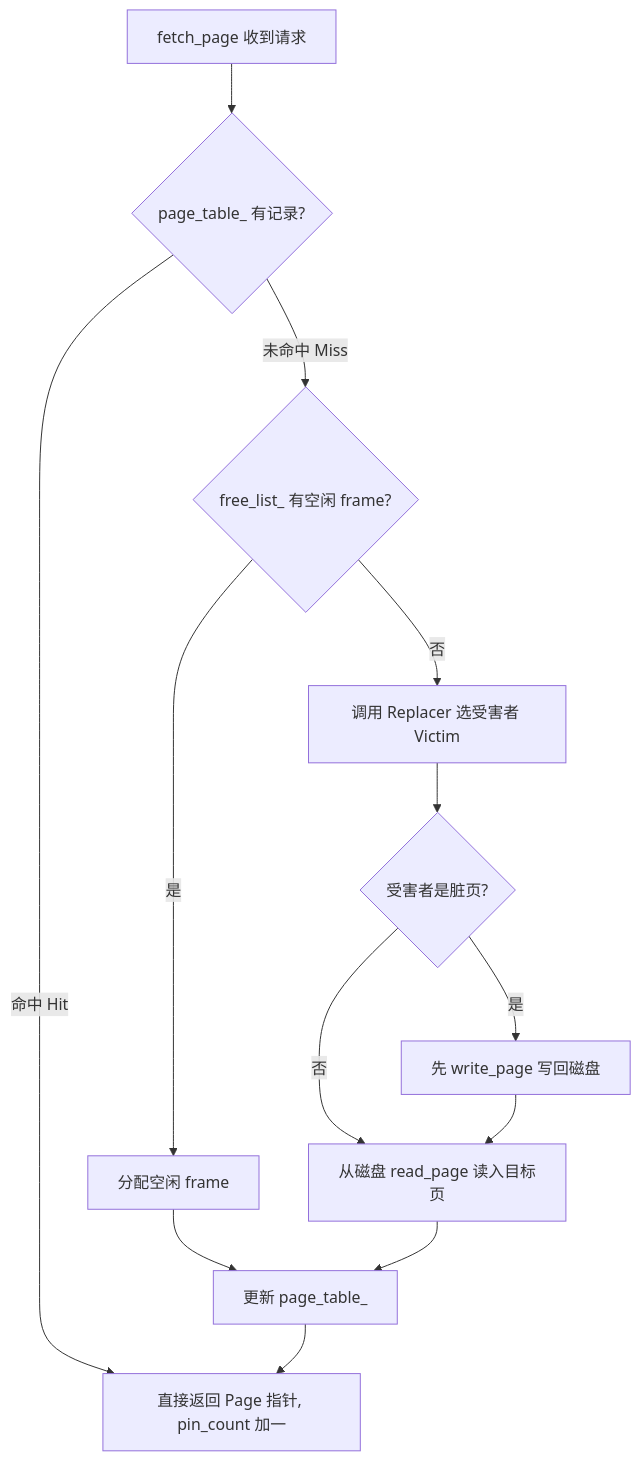
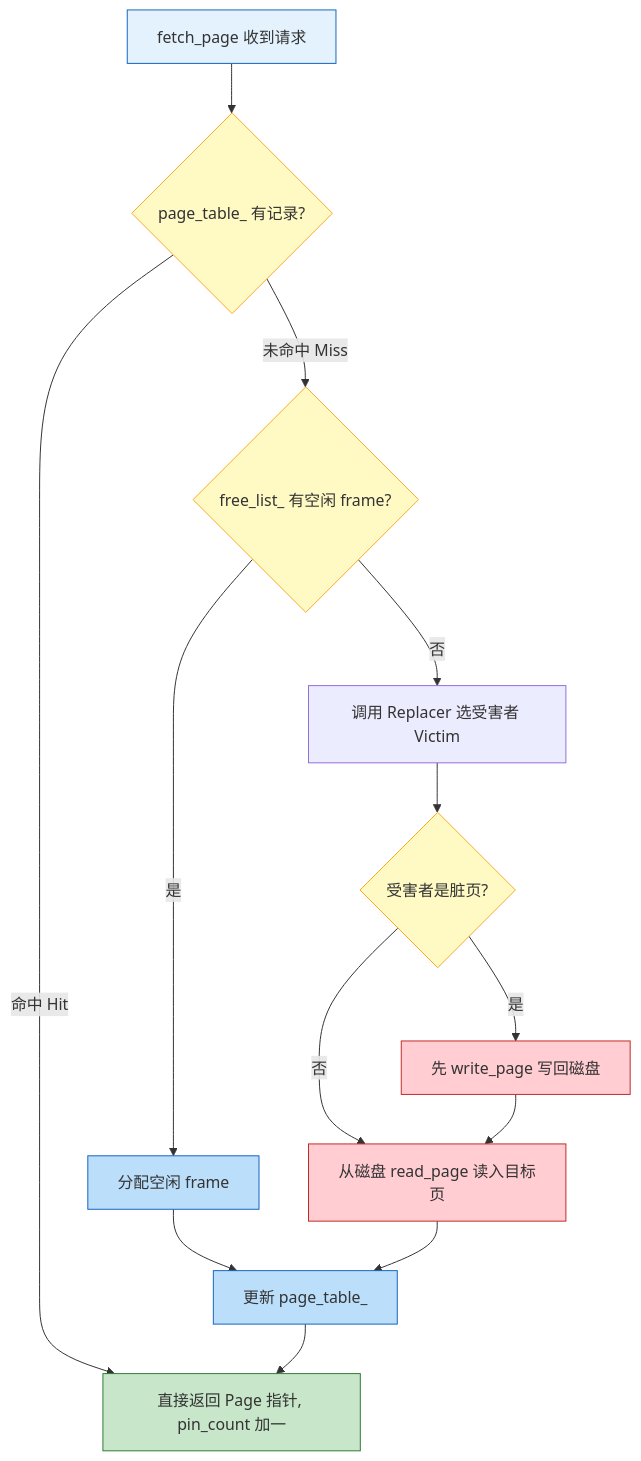
The third of 3 diagrams in my-analysis/01-storage-layer/04-buffer-pool-overview.md (Dorian7Alden/RMDB-2024-Analyze), drawn with Mermaid before and after one commit. The commit also changed other lines of this file, not shown here.

Commit message:
缓冲池概述：mermaid 图增加颜色分类与图例说明

````diff
--- a/my-analysis/01-storage-layer/04-buffer-pool-overview.md
+++ b/my-analysis/01-storage-layer/04-buffer-pool-overview.md
@@ -82,15 +93,26 @@
 ```mermaid
 flowchart TD
     A["fetch_page 收到请求"] --> B{"page_table_ 有记录?"}
     B -->|"命中 Hit"| C["直接返回 Page 指针, pin_count 加一"]
     B -->|"未命中 Miss"| D{"free_list_ 有空闲 frame?"}
     D -->|"是"| E["分配空闲 frame"]
     D -->|"否"| F["调用 Replacer 选受害者 Victim"]
     F --> G{"受害者是脏页?"}
     G -->|"是"| H["先 write_page 写回磁盘"]
     G -->|"否"| I["从磁盘 read_page 读入目标页"]
     H --> I
     E --> J["更新 page_table_"]
     I --> J
     J --> C
+
+    classDef start fill:#e3f2fd,stroke:#1565c0
+    classDef decide fill:#fff9c4,stroke:#f9a825
+    classDef hit fill:#c8e6c9,stroke:#2e7d32
+    classDef mem fill:#bbdefb,stroke:#1565c0
+    classDef disk fill:#ffcdd2,stroke:#c62828
+    class A start
+    class B,D,G decide
+    class C hit
+    class E,J mem
+    class H,I disk
 ```
````
